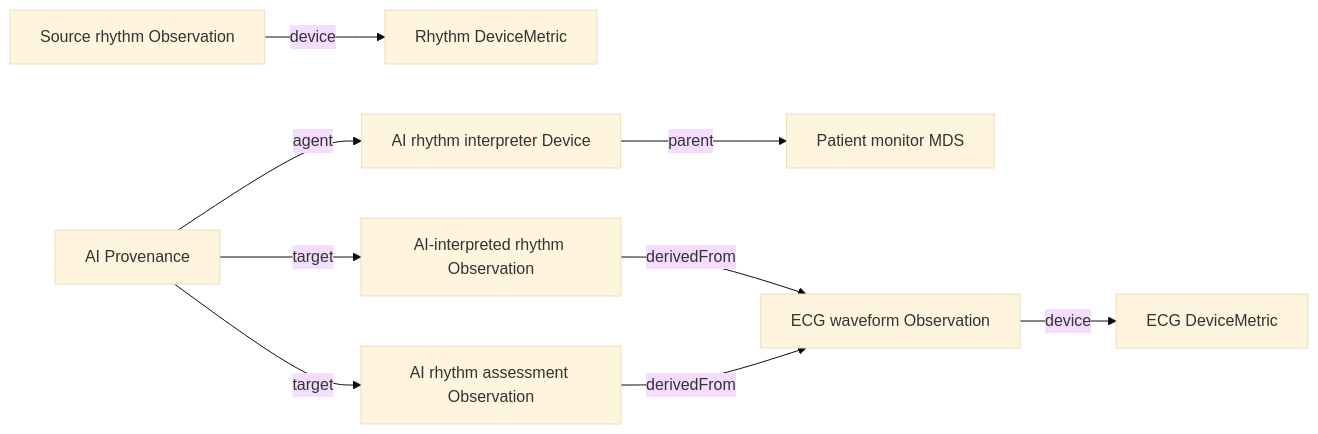
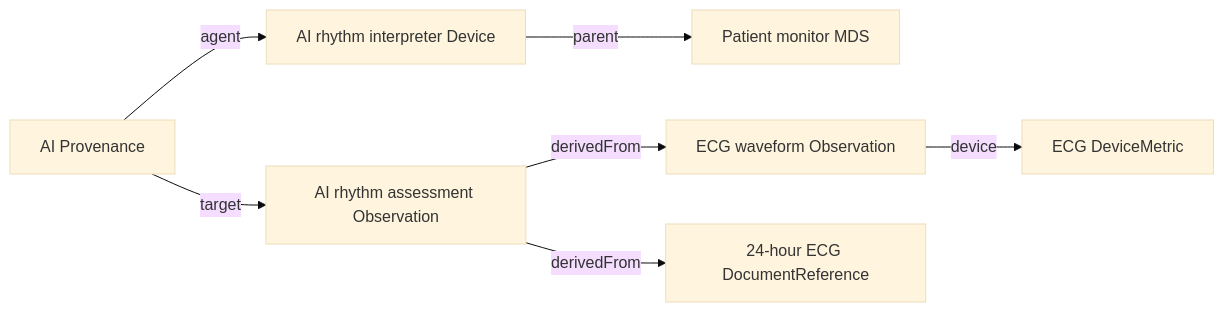
One commit to HL7/uv-pocd changed the diagram in input/pagecontent/ai-transparency.md. Above: the diagram before and after it, drawn with Mermaid (base theme). The commit also changed other lines of this file and 10 other files, not shown here.

````diff
--- a/input/pagecontent/ai-transparency.md
+++ b/input/pagecontent/ai-transparency.md
@@ -9,11 +9,9 @@
 ```mermaid
 flowchart LR
     AI[AI rhythm interpreter Device] -->|parent| MDS[Patient monitor MDS]
     ECG[ECG waveform Observation] -->|device| ECGMetric[ECG DeviceMetric]
-    Rhythm[Source rhythm Observation] -->|device| RhythmMetric[Rhythm DeviceMetric]
-    AIInterpretation[AI-interpreted rhythm Observation] -->|derivedFrom| ECG
-    AIAssessment[AI rhythm assessment Observation] -->|derivedFrom| ECG
+    AIAssessment[AI rhythm assessment Observation] -->|derivedFrom| Recording[24-hour ECG DocumentReference]
+    AIAssessment -->|derivedFrom| ECG[ECG waveform Observation]
     Provenance[AI Provenance] -->|agent| AI
-    Provenance -->|target| AIInterpretation
     Provenance -->|target| AIAssessment
 ```
````
